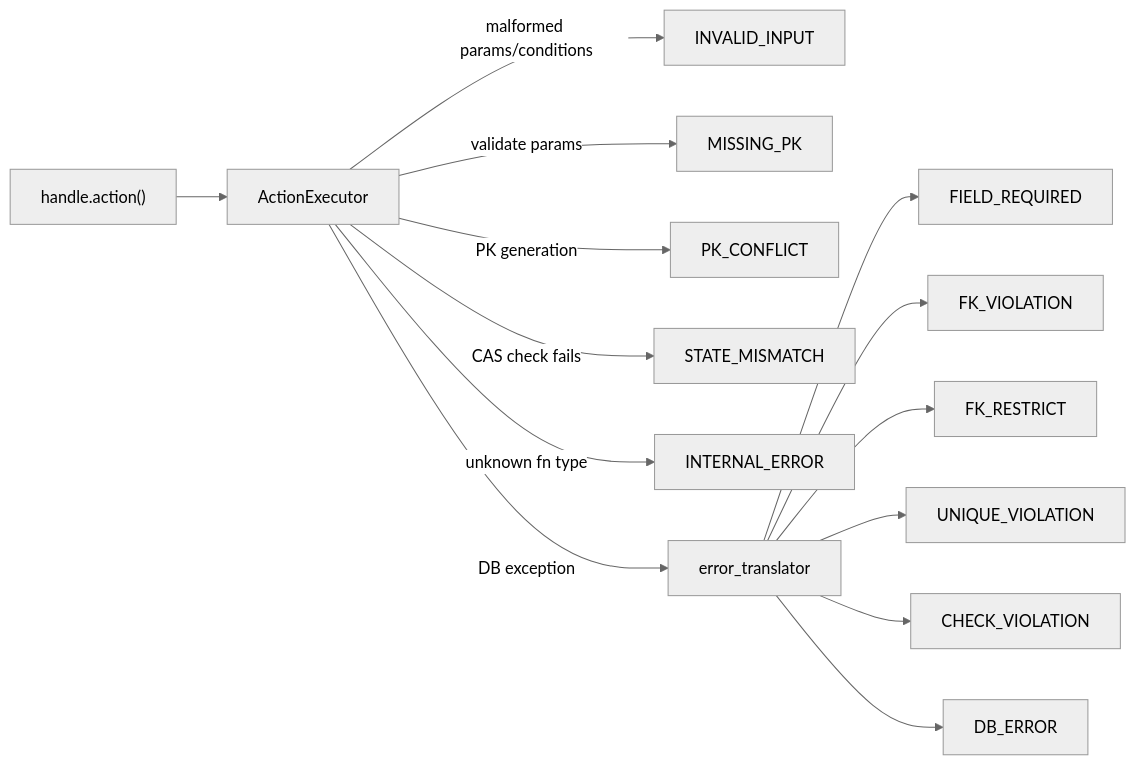
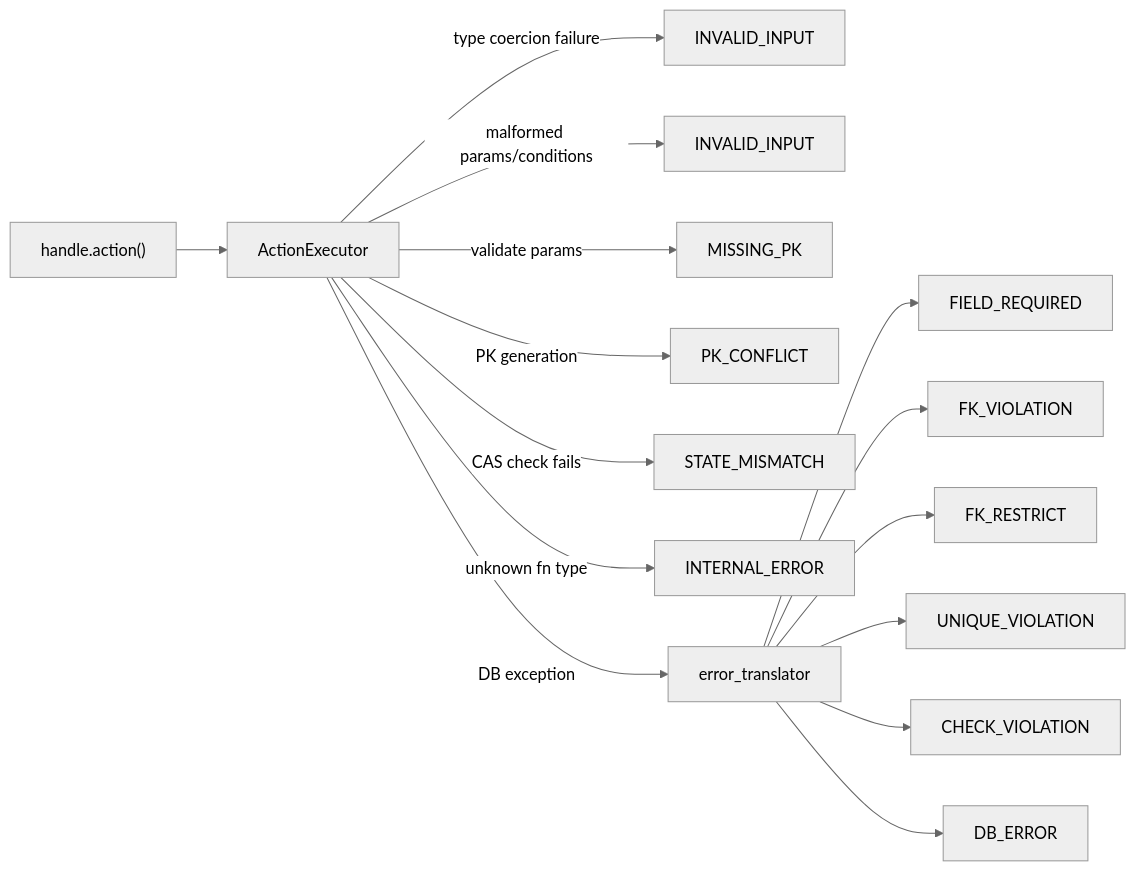
Before and after one commit to pfcc-keyi/AI_PLATFORM: the second of 7 diagrams in knowledge/architecture.md, drawn with Mermaid (neutral theme). The commit also changed other lines of this file and 15 other files, not shown here.

First line of the commit message:
Sync KB with data_platform docs, add table_constraints support, harden mock-data flows

````diff
--- a/knowledge/architecture.md
+++ b/knowledge/architecture.md
@@ -441,16 +457,17 @@
 ```mermaid
 flowchart LR
     Call["handle.action()"] --> AE["ActionExecutor"]
+    AE -->|"type coercion failure"| E0a["INVALID_INPUT"]
     AE -->|"malformed params/conditions"| E0["INVALID_INPUT"]
     AE -->|"validate params"| E1["MISSING_PK"]
     AE -->|"PK generation"| E2["PK_CONFLICT"]
     AE -->|"CAS check fails"| E3["STATE_MISMATCH"]
     AE -->|"unknown fn type"| E4["INTERNAL_ERROR"]
     AE -->|"DB exception"| ET["error_translator"]
     ET --> E5["FIELD_REQUIRED"]
     ET --> E6["FK_VIOLATION"]
     ET --> E7["FK_RESTRICT"]
     ET --> E8["UNIQUE_VIOLATION"]
     ET --> E9["CHECK_VIOLATION"]
     ET --> E10["DB_ERROR"]
 ```
````
